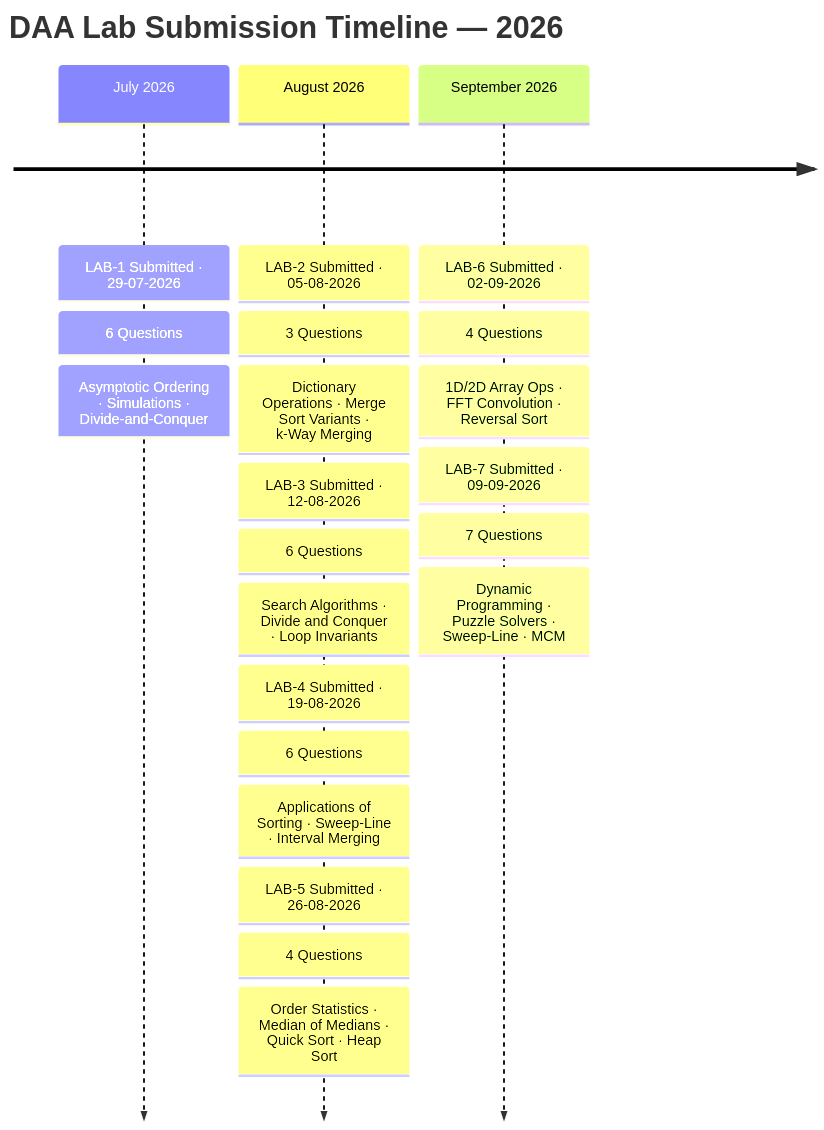
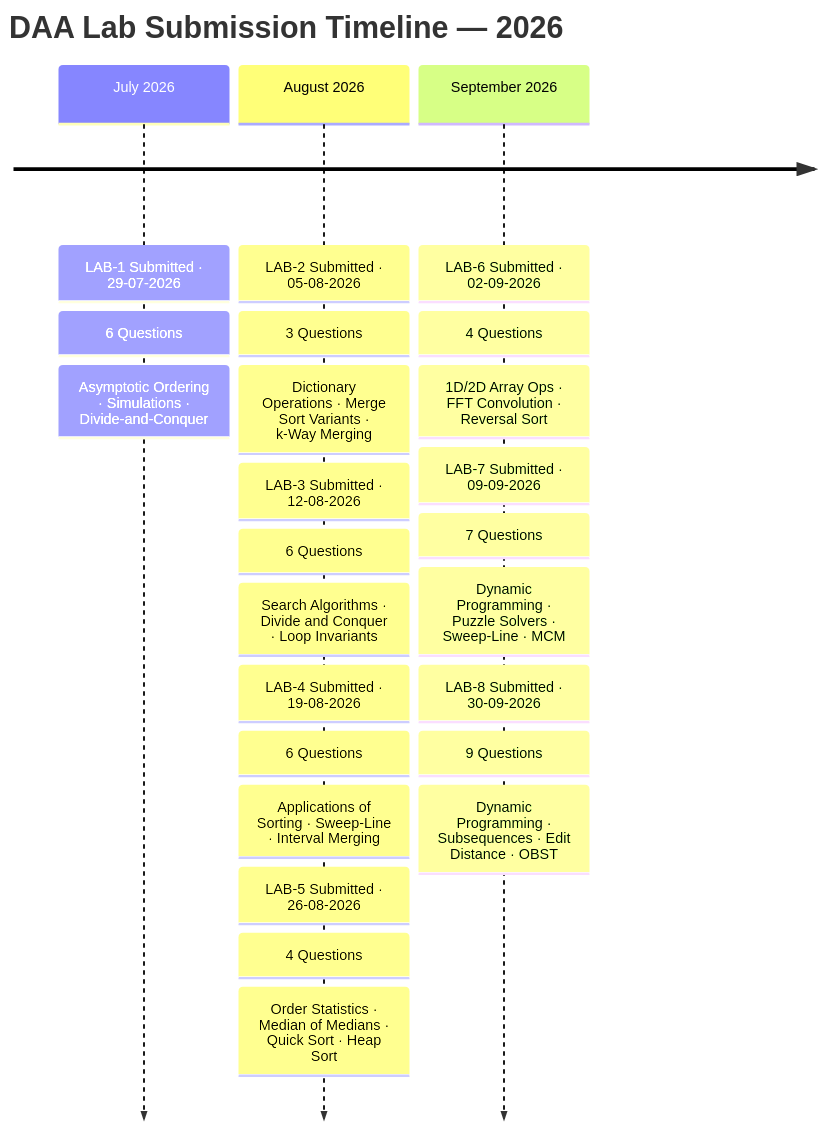
Before and after one commit to Asit-Kumar-Mohapatra/Design-and-Analysis-of-Algorithm-DAA-Assignments-2026: the first of 12 diagrams in README.md, drawn with Mermaid. The commit also changed other lines of this file, not shown here.

````diff
--- a/README.md
+++ b/README.md
@@ -115,25 +125,28 @@
 ```mermaid
 timeline
     title  DAA Lab Submission Timeline — 2026
     July 2026   : LAB-1 Submitted  ·  29-07-2026
                 : 6 Questions
                 : Asymptotic Ordering · Simulations · Divide-and-Conquer
     August 2026 : LAB-2 Submitted  ·  05-08-2026
                 : 3 Questions
                 : Dictionary Operations · Merge Sort Variants · k-Way Merging
                 : LAB-3 Submitted  ·  12-08-2026
                 : 6 Questions
                 : Search Algorithms · Divide and Conquer · Loop Invariants
                 : LAB-4 Submitted  ·  19-08-2026
                 : 6 Questions
                 : Applications of Sorting · Sweep-Line · Interval Merging
                 : LAB-5 Submitted  ·  26-08-2026
                 : 4 Questions
                 : Order Statistics · Median of Medians · Quick Sort · Heap Sort
     September 2026 : LAB-6 Submitted  ·  02-09-2026
                    : 4 Questions
                    : 1D/2D Array Ops · FFT Convolution · Reversal Sort
                    : LAB-7 Submitted  ·  09-09-2026
                    : 7 Questions
                    : Dynamic Programming · Puzzle Solvers · Sweep-Line · MCM
+                   : LAB-8 Submitted  ·  30-09-2026
+                   : 9 Questions
+                   : Dynamic Programming · Subsequences · Edit Distance · OBST
 ```
````
